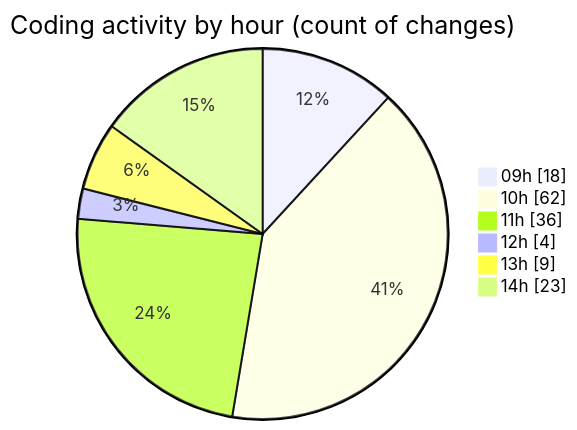
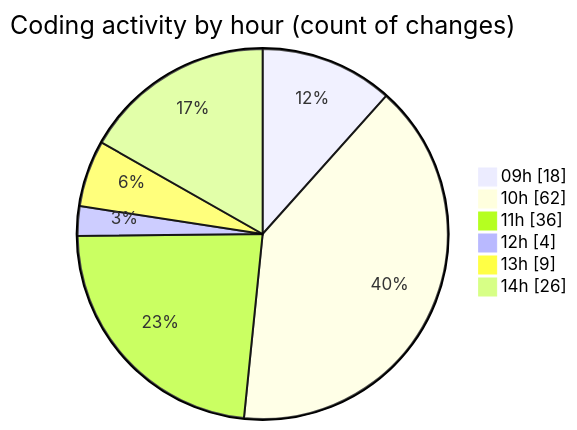
One commit to momahboobian/code-tracking changed the second of 2 diagrams in 2025-07-01/cda/README.md. Above: the diagram before and after it, drawn with Mermaid. The commit also changed other lines of this file and 1 other file, not shown here.

````diff
--- a/2025-07-01/cda/README.md
+++ b/2025-07-01/cda/README.md
@@ -53,10 +53,10 @@
 ```mermaid
 pie showData
 title Coding activity by hour (count of changes)
 "09h" : 18
 "10h" : 62
 "11h" : 36
 "12h" : 4
 "13h" : 9
-"14h" : 23
+"14h" : 26
 ```
````
